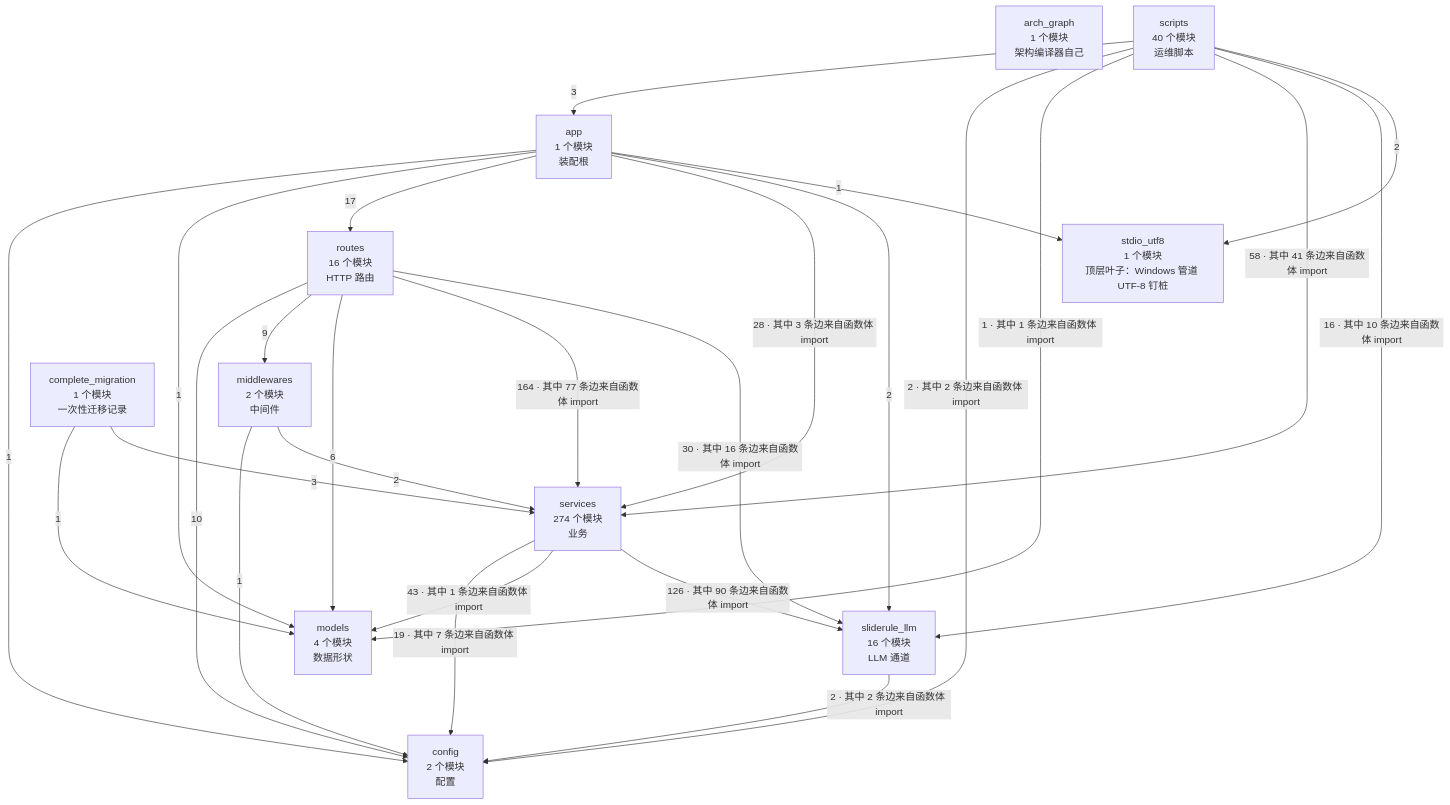
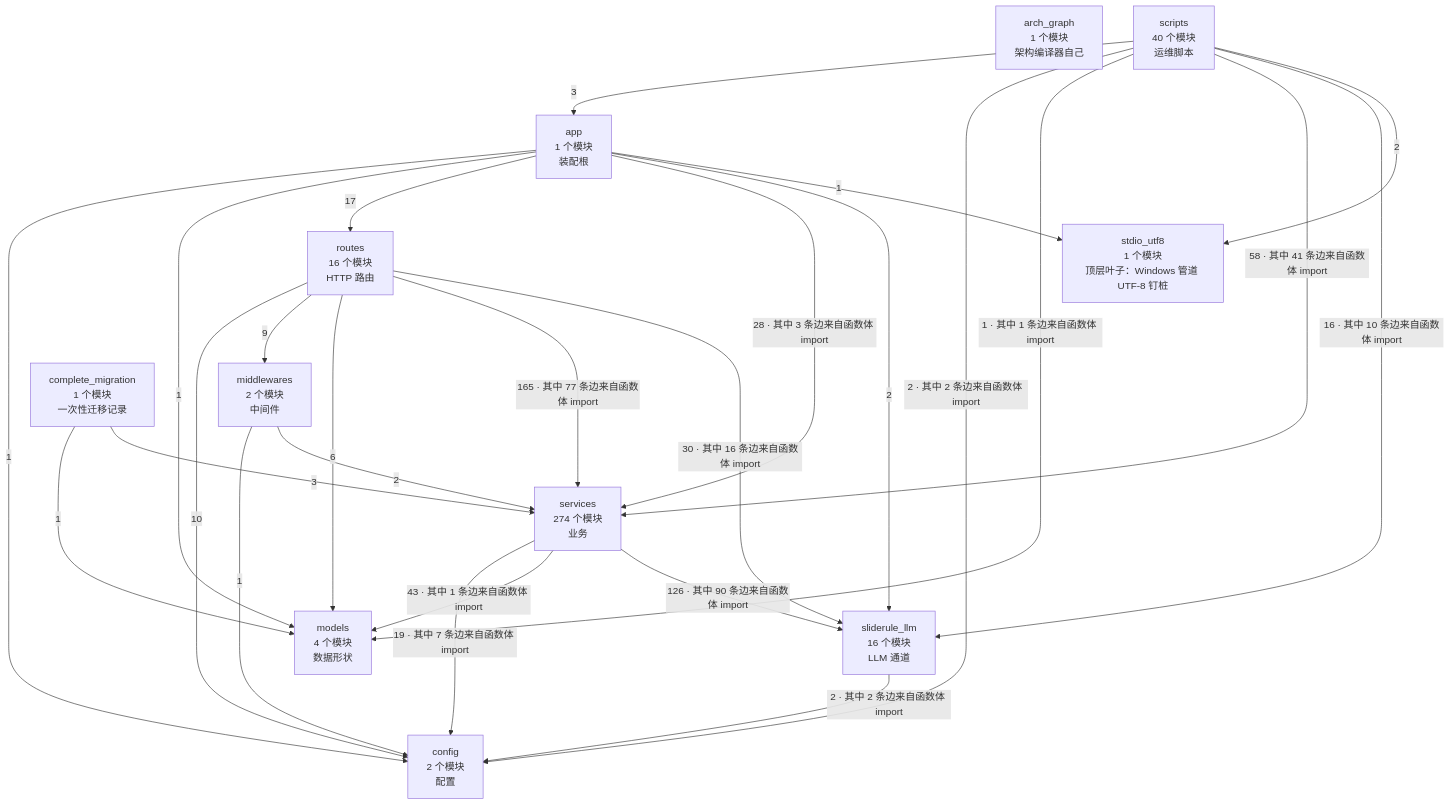
Before and after one commit to 2686521696/WhyBuddy: the second of 4 diagrams in docs/SlideRule V6.2 架构图（自动生成）.md, drawn with Mermaid. The commit also changed other lines of this file and 9 other files, not shown here.

````diff
--- a/docs/SlideRule V6.2 架构图（自动生成）.md
+++ b/docs/SlideRule V6.2 架构图（自动生成）.md
@@ -62,39 +62,39 @@
 ```mermaid
 flowchart TB
   arch_graph["arch_graph<br/>1 个模块<br/>架构编译器自己"]
   config["config<br/>2 个模块<br/>配置"]
   models["models<br/>4 个模块<br/>数据形状"]
   stdio_utf8["stdio_utf8<br/>1 个模块<br/>顶层叶子：Windows 管道 UTF-8 钉桩"]
   sliderule_llm["sliderule_llm<br/>16 个模块<br/>LLM 通道"]
   middlewares["middlewares<br/>2 个模块<br/>中间件"]
   services["services<br/>274 个模块<br/>业务"]
   routes["routes<br/>16 个模块<br/>HTTP 路由"]
   app["app<br/>1 个模块<br/>装配根"]
   complete_migration["complete_migration<br/>1 个模块<br/>一次性迁移记录"]
   scripts["scripts<br/>40 个模块<br/>运维脚本"]
   app -->|1| config
   app -->|1| models
   app -->|17| routes
   app -->|28 · 其中 3 条边来自函数体 import| services
   app -->|2| sliderule_llm
   app -->|1| stdio_utf8
   complete_migration -->|1| models
   complete_migration -->|3| services
   middlewares -->|1| config
   middlewares -->|2| services
   routes -->|10| config
   routes -->|9| middlewares
   routes -->|6| models
-  routes -->|164 · 其中 77 条边来自函数体 import| services
+  routes -->|165 · 其中 77 条边来自函数体 import| services
   routes -->|30 · 其中 16 条边来自函数体 import| sliderule_llm
   scripts -->|3| app
   scripts -->|2 · 其中 2 条边来自函数体 import| config
   scripts -->|1 · 其中 1 条边来自函数体 import| models
   scripts -->|58 · 其中 41 条边来自函数体 import| services
   scripts -->|16 · 其中 10 条边来自函数体 import| sliderule_llm
   scripts -->|2| stdio_utf8
   services -->|19 · 其中 7 条边来自函数体 import| config
   services -->|43 · 其中 1 条边来自函数体 import| models
   services -->|126 · 其中 90 条边来自函数体 import| sliderule_llm
   sliderule_llm -->|2 · 其中 2 条边来自函数体 import| config
 ```
````
